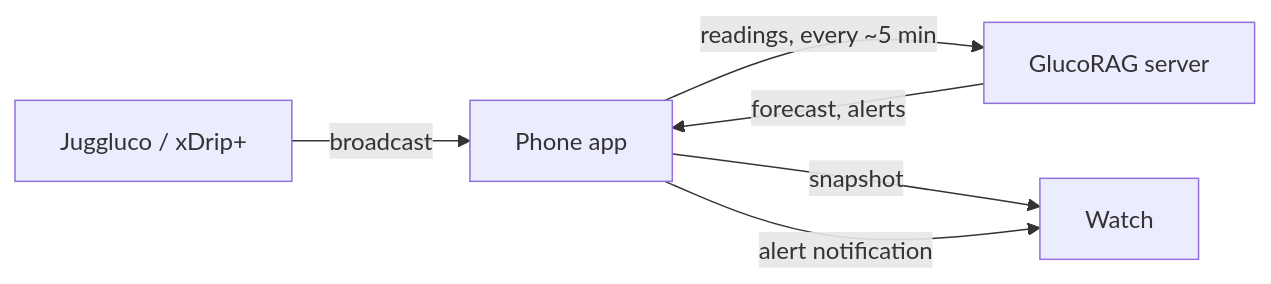
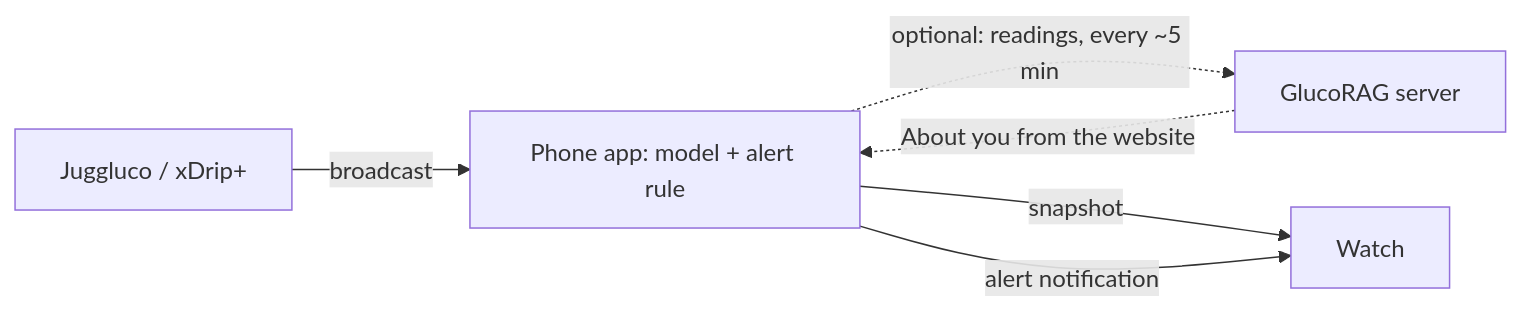
One commit to archdex-art/glucorag changed the diagram in android/README.md. Above: the diagram before and after it, drawn with Mermaid. The commit also changed other lines of this file and 113 other files, not shown here.

Commit message:
0.7.0: on-device forecasting (server optional), plain-language status and quieter alerts, guided onboarding and help pages, live accuracy monitoring, foundation-model benchmark

````diff
--- a/android/README.md
+++ b/android/README.md
@@ -16,8 +18,8 @@
 ```mermaid
 flowchart LR
-  J[Juggluco / xDrip+] -->|broadcast| P[Phone app]
-  P -->|readings, every ~5 min| S[GlucoRAG server]
-  S -->|forecast, alerts| P
+  J[Juggluco / xDrip+] -->|broadcast| P[Phone app: model + alert rule]
+  P -.->|optional: readings, every ~5 min| S[GlucoRAG server]
+  S -.->|About you from the website| P
   P -->|snapshot| W[Watch]
   P -->|alert notification| W
 ```
````
